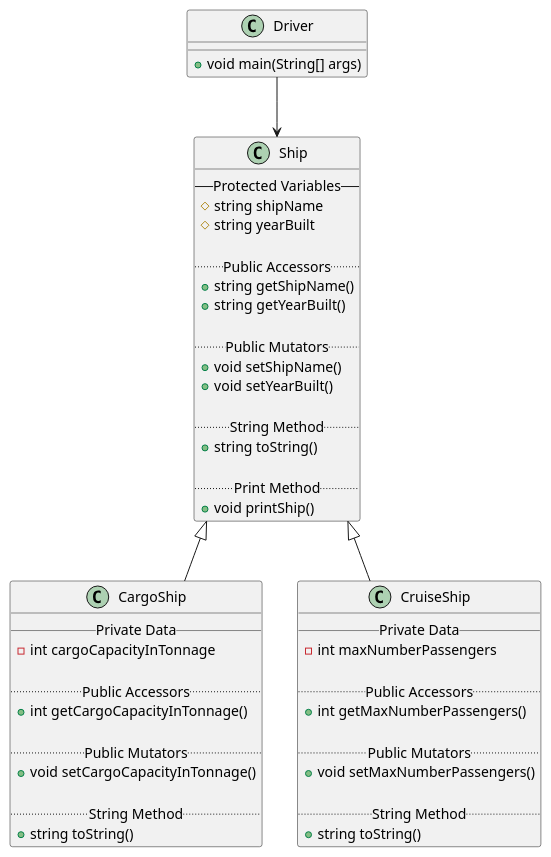
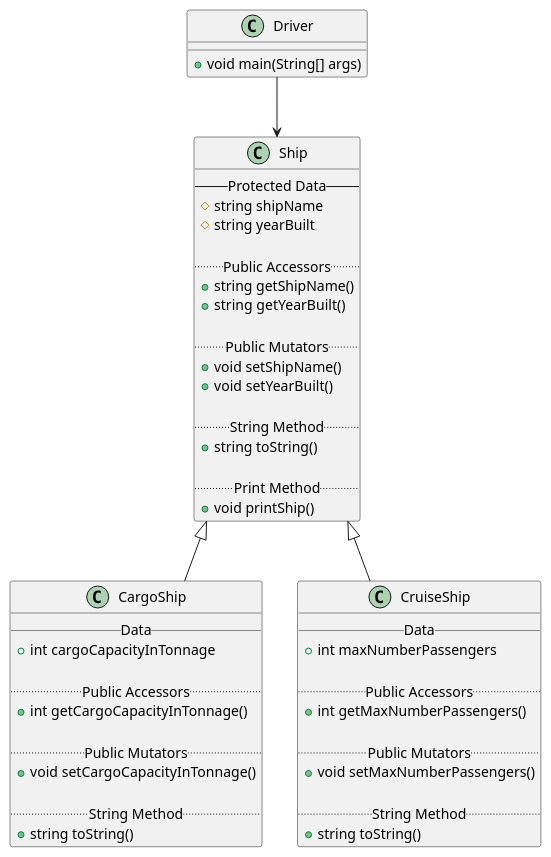
Before and after one commit to stephaniePocci/PlantUML: the diagram in src/Ship.puml, drawn with PlantUML. The commit also changed 2 other files, not shown here.

Commit message:
Created course UML diagram

```diff
--- a/src/Ship.puml
+++ b/src/Ship.puml
@@ -1,58 +1,58 @@
 @startuml
 'https://plantuml.com/class-diagram
 
 class Ship {
---Protected Variables--
-# string shipName
-# string yearBuilt
+    --Protected Data--
+    # string shipName
+    # string yearBuilt
 
-..Public Accessors..
-+ string getShipName()
-+ string getYearBuilt()
+    ..Public Accessors..
+    + string getShipName()
+    + string getYearBuilt()
 
-..Public Mutators..
-+ void setShipName()
-+ void setYearBuilt()
+    ..Public Mutators..
+    + void setShipName()
+    + void setYearBuilt()
 
-..String Method..
-+ string toString()
+    ..String Method..
+    + string toString()
 
-..Print Method..
-+ void printShip()
+    ..Print Method..
+    + void printShip()
 }
 
 class CargoShip extends Ship {
-__ Private Data __
-- int cargoCapacityInTonnage
+    __ Data __
+    + int cargoCapacityInTonnage
 
-..Public Accessors..
-+ int getCargoCapacityInTonnage()
+    ..Public Accessors..
+    + int getCargoCapacityInTonnage()
 
-..Public Mutators..
-+ void setCargoCapacityInTonnage()
+    ..Public Mutators..
+    + void setCargoCapacityInTonnage()
 
-..String Method..
-+ string toString()
+    ..String Method..
+    + string toString()
 }
 
 class CruiseShip extends Ship {
-__ Private Data __
-- int maxNumberPassengers
+    __ Data __
+    + int maxNumberPassengers
 
-..Public Accessors..
-+ int getMaxNumberPassengers()
+    ..Public Accessors..
+    + int getMaxNumberPassengers()
 
-..Public Mutators..
-+ void setMaxNumberPassengers()
+    ..Public Mutators..
+    + void setMaxNumberPassengers()
 
-..String Method..
-+ string toString()
+    ..String Method..
+    + string toString()
 }
 
 class Driver {
-+ void main(String[] args)
+    + void main(String[] args)
 }
 
 Driver --> Ship
 
 @enduml
```
